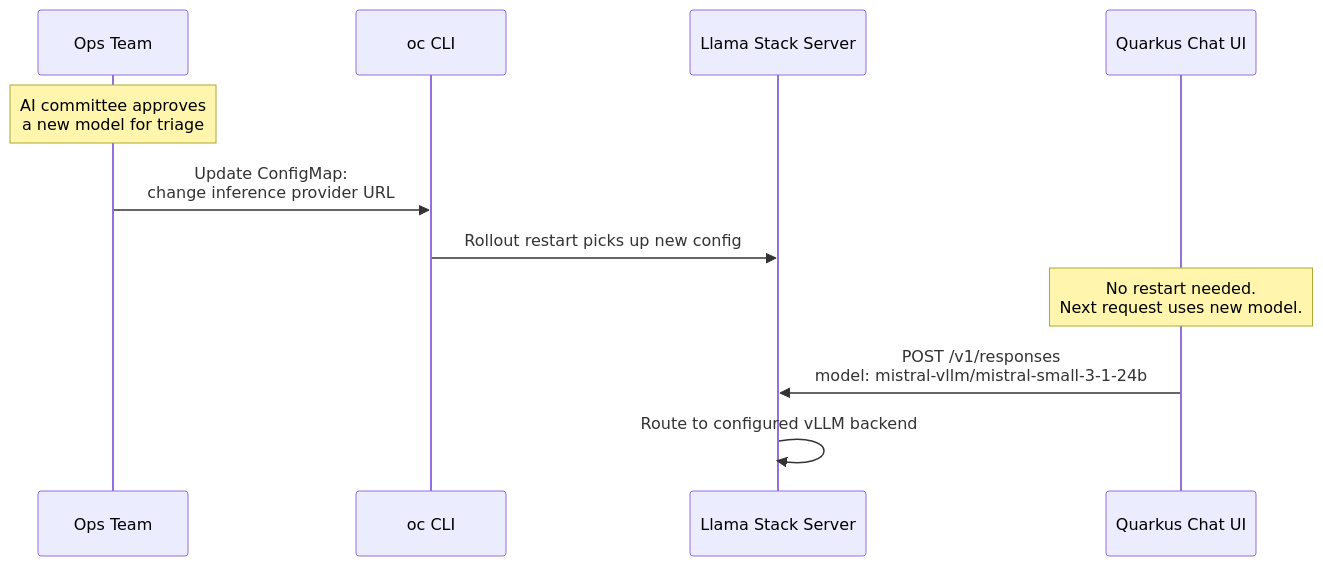
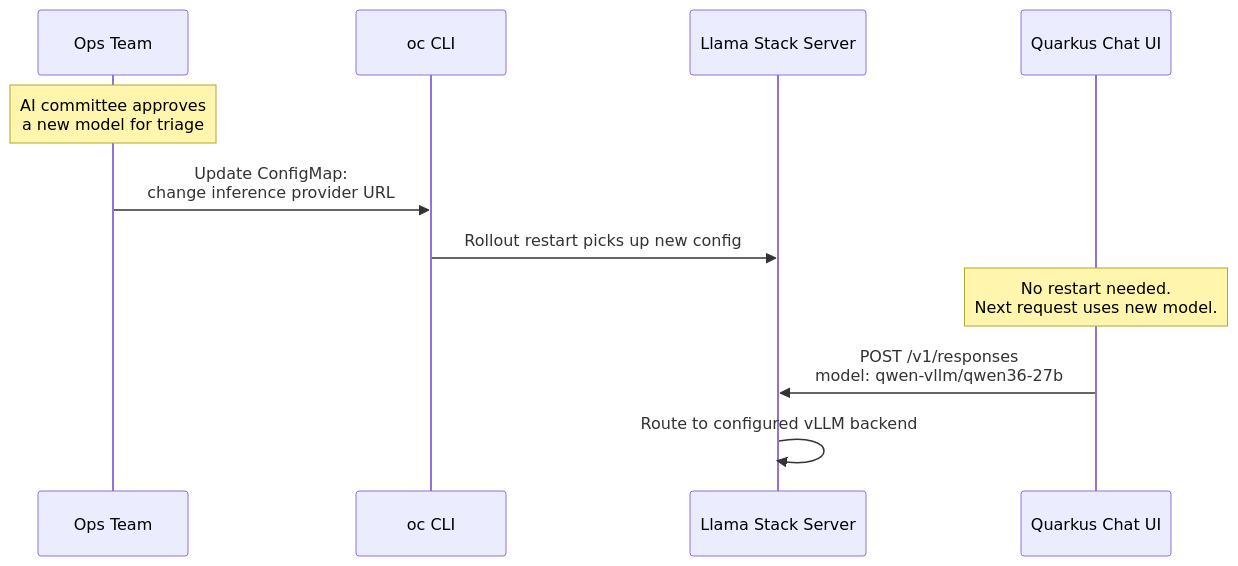
Before and after one commit to nikolaus-lemberski/openshift-agentic-ai: the fourth of 5 diagrams in docs/architecture.md, drawn with Mermaid. The commit also changed other lines of this file and 13 other files, not shown here.

Commit message:
load model from HF, change to Qwen3.6, Websocket ping, docs

````diff
--- a/docs/architecture.md
+++ b/docs/architecture.md
@@ -263,17 +263,17 @@
 ```mermaid
 sequenceDiagram
     participant OpsTeam as Ops Team
     participant OC as oc CLI
     participant LSServer as Llama Stack Server
     participant QuarkusApp as Quarkus Chat UI
 
     Note over OpsTeam: AI committee approves<br/>a new model for triage
 
     OpsTeam->>OC: Update ConfigMap:<br/>change inference provider URL
     OC->>LSServer: Rollout restart picks up new config
 
     Note over QuarkusApp: No restart needed.<br/>Next request uses new model.
 
-    QuarkusApp->>LSServer: POST /v1/responses<br/>model: mistral-vllm/mistral-small-3-1-24b
+    QuarkusApp->>LSServer: POST /v1/responses<br/>model: qwen-vllm/qwen36-27b
     LSServer->>LSServer: Route to configured vLLM backend
 ```
````
